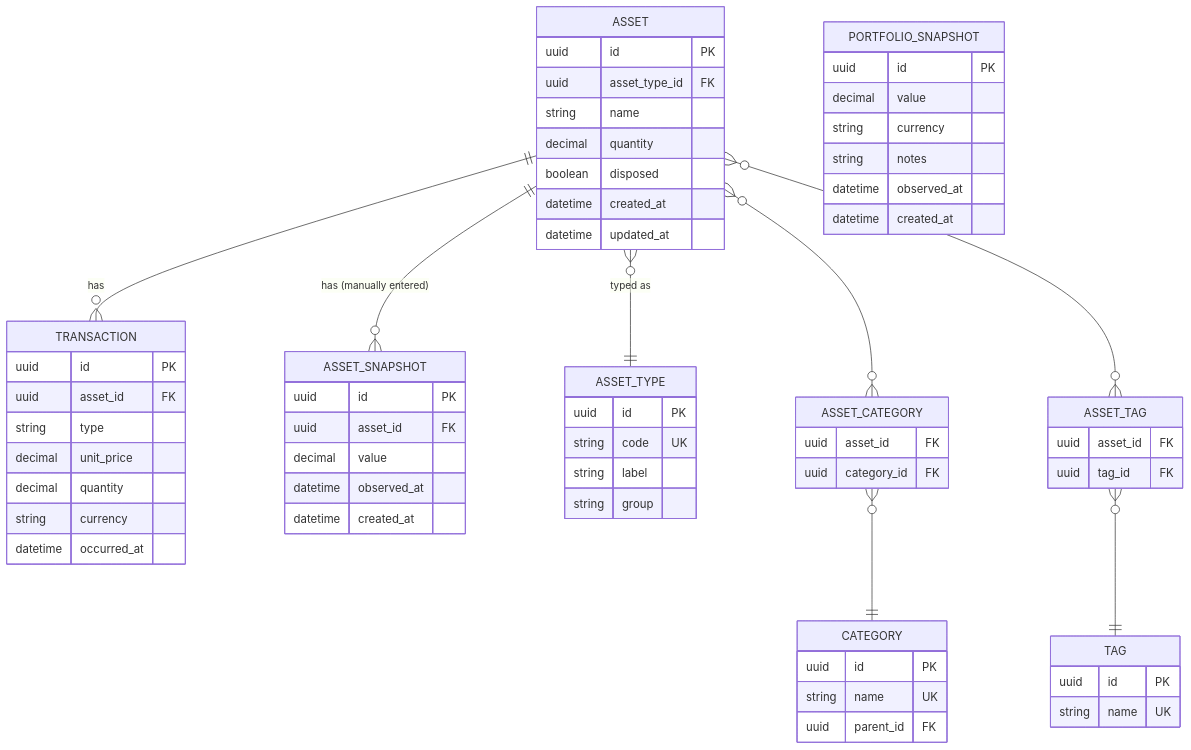
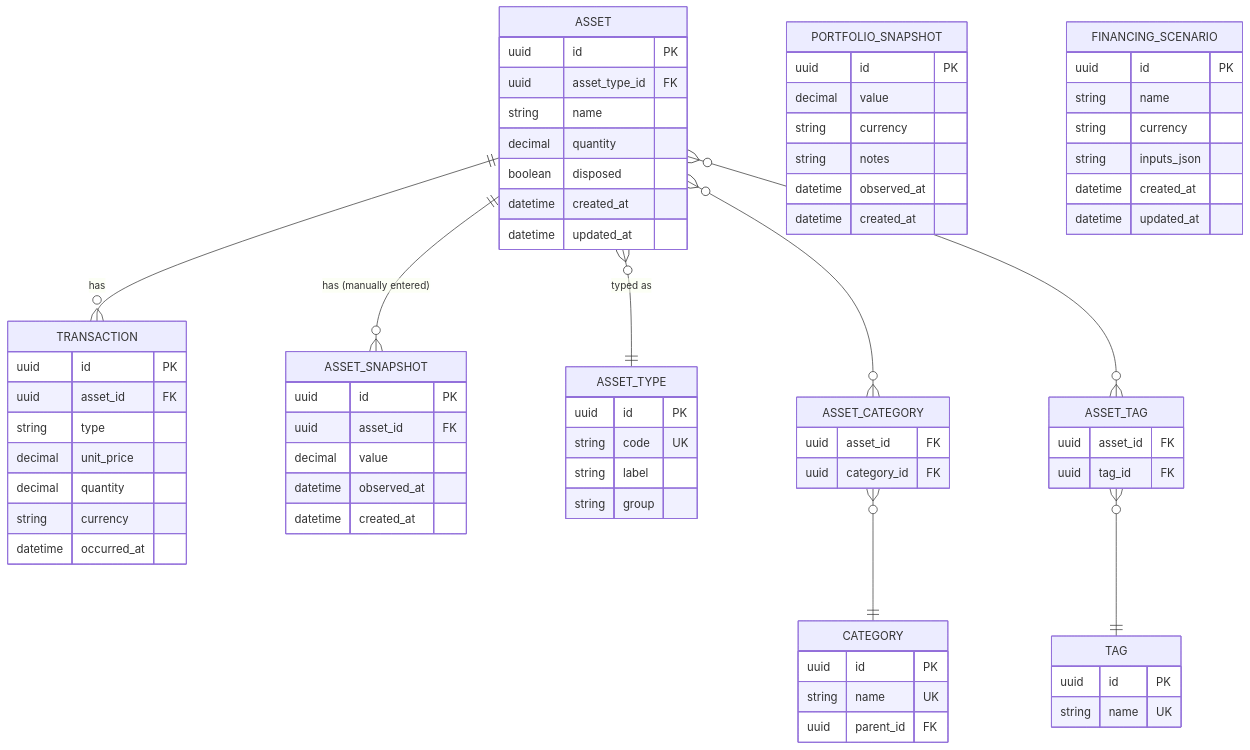
The first of 2 diagrams in docs/src/content/docs/datamodel.md (fducat18/strata), drawn with Mermaid before and after one commit. The commit also changed other lines of this file and 378 other files, not shown here.

First line of the commit message:
feat: ship financing scenario upgrades

```diff
--- a/docs/src/content/docs/datamodel.md
+++ b/docs/src/content/docs/datamodel.md
@@ -23,6 +23,15 @@
         string notes
         datetime observed_at
         datetime created_at
+    }
+
+    FINANCING_SCENARIO {
+        uuid id PK
+        string name
+        string currency
+        string inputs_json
+        datetime created_at
+        datetime updated_at
     }
 
     ASSET {
```
